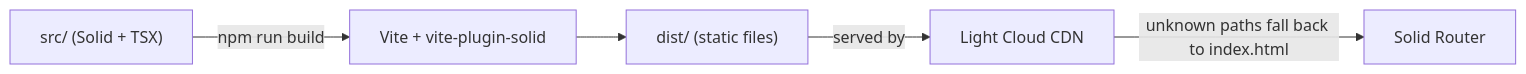
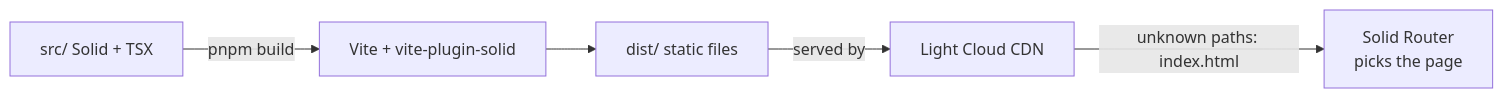
Before and after one commit to light-cloud-com/templates: the diagram in starters/starter-solid/README.md, drawn with Mermaid. The commit also changed other lines of this file and 2 other files, not shown here.

First line of the commit message:
README: SolidJS Vite TypeScript starter landing page

````diff
--- a/starters/starter-solid/README.md
+++ b/starters/starter-solid/README.md
@@ -27,7 +109,7 @@
 ```mermaid
 flowchart LR
-    src["src/ (Solid + TSX)"] -->|npm run build| vite["Vite + vite-plugin-solid"]
-    vite --> dist["dist/ (static files)"]
-    dist -->|served by| lc["Light Cloud CDN"]
-    lc -->|unknown paths fall back to index.html| router["Solid Router"]
+    src["src/ Solid + TSX"] -->|pnpm build| vite["Vite + vite-plugin-solid"]
+    vite --> dist["dist/ static files"]
+    dist -->|served by| cdn["Light Cloud CDN"]
+    cdn -->|"unknown paths: index.html"| router["Solid Router<br/>picks the page"]
 ```
````
